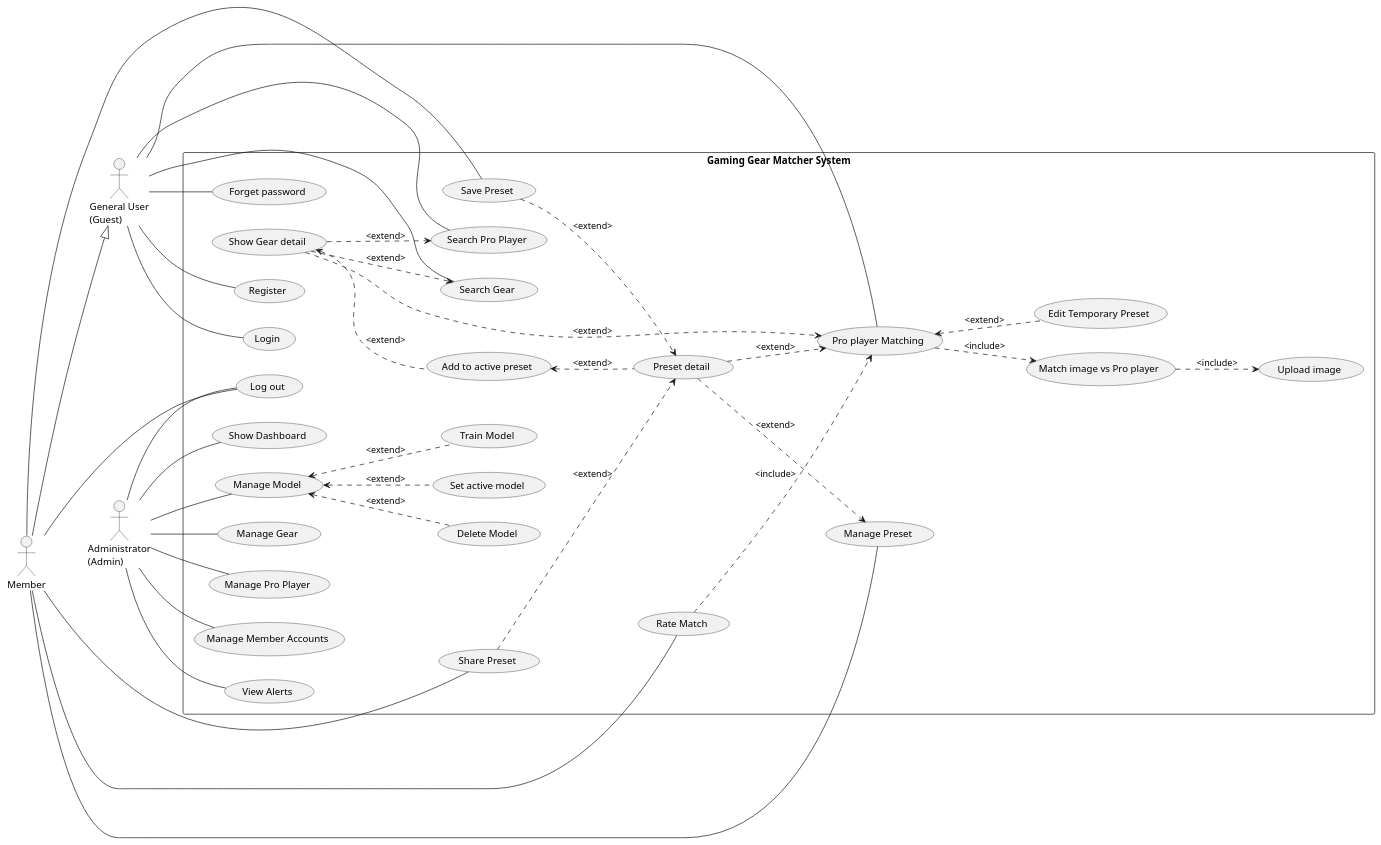
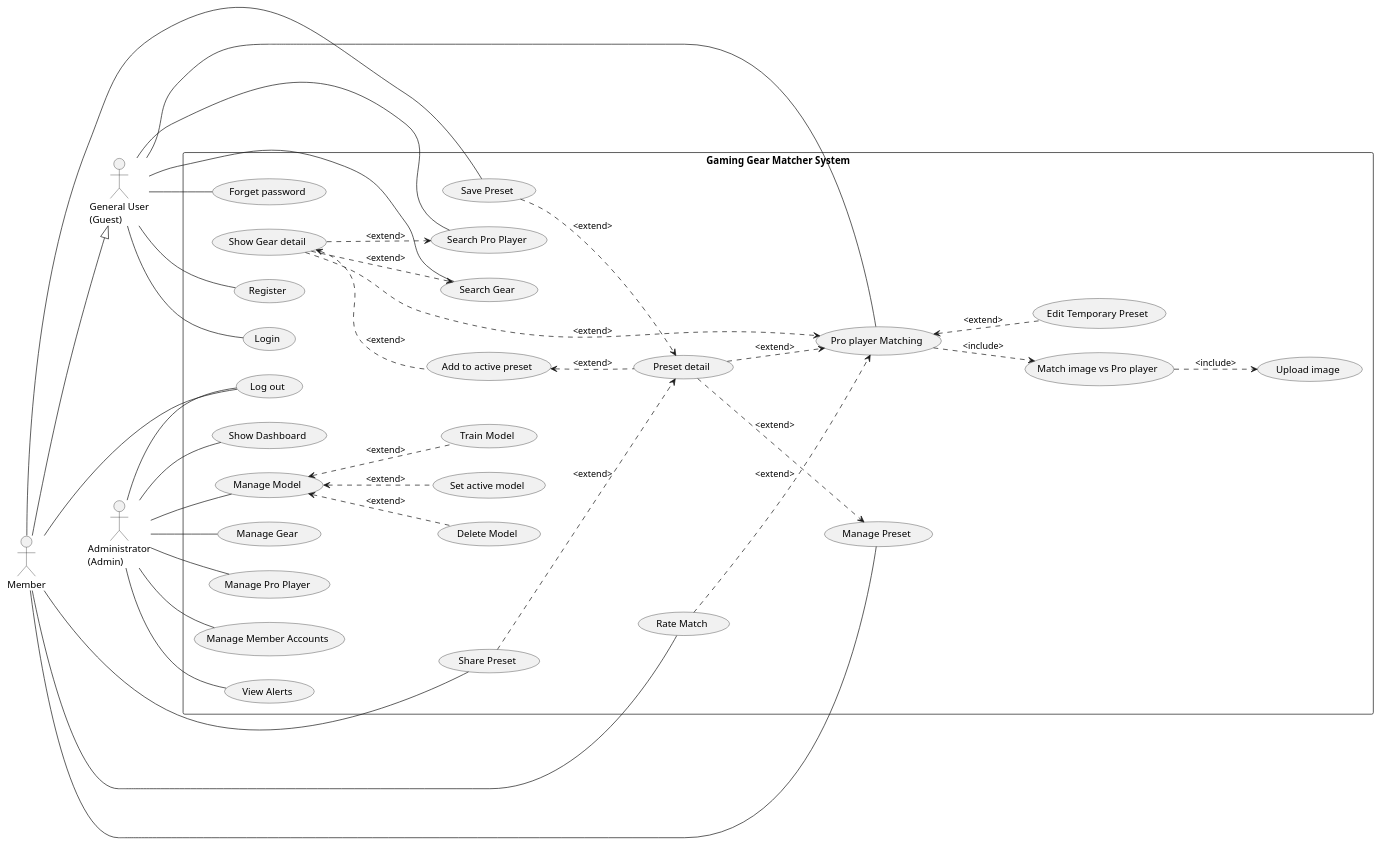
The diagram in Diagram/UsecaseDiagram.puml (frukcharkrit/Gaming-Gear-Matcher-Project), drawn with PlantUML before and after one commit. The commit also changed 30 other files, not shown here.

```diff
--- a/Diagram/UsecaseDiagram.puml
+++ b/Diagram/UsecaseDiagram.puml
@@ -1,87 +1,87 @@
 @startuml
 left to right direction
 
 ' Define Actors
 actor "General User\n(Guest)" as Guest
 actor "Member" as Member
 actor "Administrator\n(Admin)" as Admin
 
 ' Main System Boundary
 rectangle "Gaming Gear Matcher System" {
 
     ' Use Cases for all user types
     (Forget password) as UC_ForgotPWD
     (Upload image) as UC_UpImg
     (Match image vs Pro player) as UC_MatchPro2Img
     (Pro player Matching) as UC_ViewMatchResult
     (Edit Temporary Preset) as UC_EditTempPreset
     (Search Gear) as UC_SearchGear
     (Show Gear detail) as UC_ShowGear
     (Search Pro Player) as UC_SearchProPlayer
     (Register) as UC_Register
     (Login) as UC_Login
     (Preset detail) as UC_PSDetail
     (Save Preset) as UC_SavePreset
     (Rate Match) as UC_RateMatch
     (Manage Preset) as UC_ManagePreset
     (Share Preset) as UC_SharePreset
     (Log out) as UC_Logout
     (Manage Gear) as UC_ManageGear
     (Manage Pro Player) as UC_ManageProPlayer
     (Manage Member Accounts) as UC_ManageMember
     (View Alerts) as UC_ViewAlerts
     (Add to active preset) as UC_AddGear
     (Show Dashboard) as UC_Dashboard
     (Manage Model) as UC_ManageModel
     (Train Model) as UC_TrainModel
     (Delete Model) as UC_DelModel
     (Set active model) as UC_SetActiveModel
 
 }
 
 ' Define Relationships
 ' Guest can perform these actions
 
 Guest -- UC_ViewMatchResult
 
 Guest -- UC_SearchGear
 Guest -- UC_SearchProPlayer
 Guest -- UC_Register
 Guest -- UC_Login
 Guest -- UC_ForgotPWD
 
 ' Member inherits all Guest's functionalities and has more
 Member --|> Guest
 Member -- UC_SavePreset
 Member -- UC_RateMatch
 Member -- UC_ManagePreset
 Member -- UC_SharePreset
 Member -- UC_Logout
 
 ' Admin has their own set of functionalities
 
 Admin -- UC_ManageGear
 Admin -- UC_ManageProPlayer
 Admin -- UC_ManageMember
 Admin -- UC_ViewAlerts
 Admin -- UC_Logout
 Admin -- UC_ManageModel
 Admin -- UC_Dashboard
 
 UC_MatchPro2Img ..> UC_UpImg:<include>
 UC_ViewMatchResult ..> UC_MatchPro2Img:<include>
 UC_ViewMatchResult <.. UC_EditTempPreset: <extend>
 UC_ShowGear ..> UC_SearchProPlayer: <extend>
 UC_ShowGear ..> UC_ViewMatchResult: <extend>
 UC_ShowGear ..> UC_SearchGear: <extend>
-UC_RateMatch ..>UC_ViewMatchResult: <include>
+UC_RateMatch ..>UC_ViewMatchResult: <extend>
 UC_ShowGear <.. UC_AddGear:<extend>
 UC_AddGear <.. UC_PSDetail:<extend>
 UC_SavePreset ..> UC_PSDetail:<extend>
 UC_PSDetail ..> UC_ViewMatchResult:<extend>
 UC_PSDetail ..> UC_ManagePreset:<extend>
 UC_SharePreset ..> UC_PSDetail:<extend>
 UC_ManageModel <.. UC_TrainModel:<extend>
 UC_ManageModel <..UC_DelModel:<extend>
 UC_ManageModel <.. UC_SetActiveModel:<extend>
 @enduml
```
